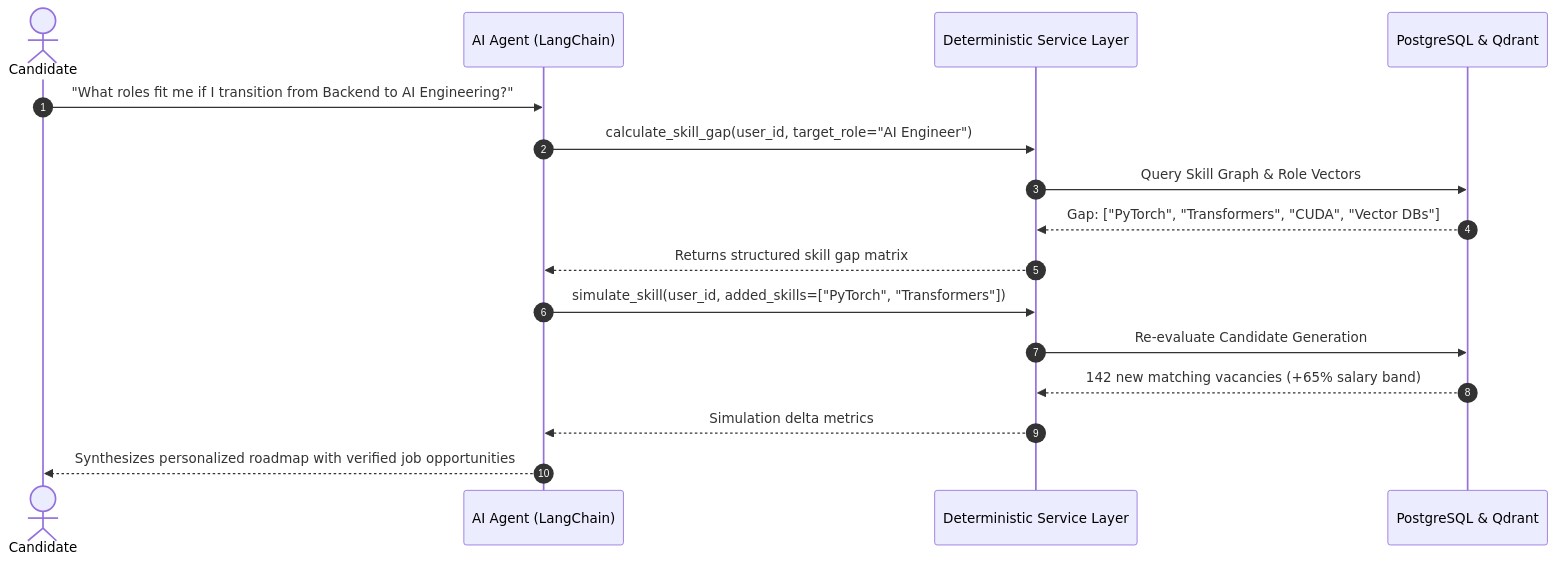
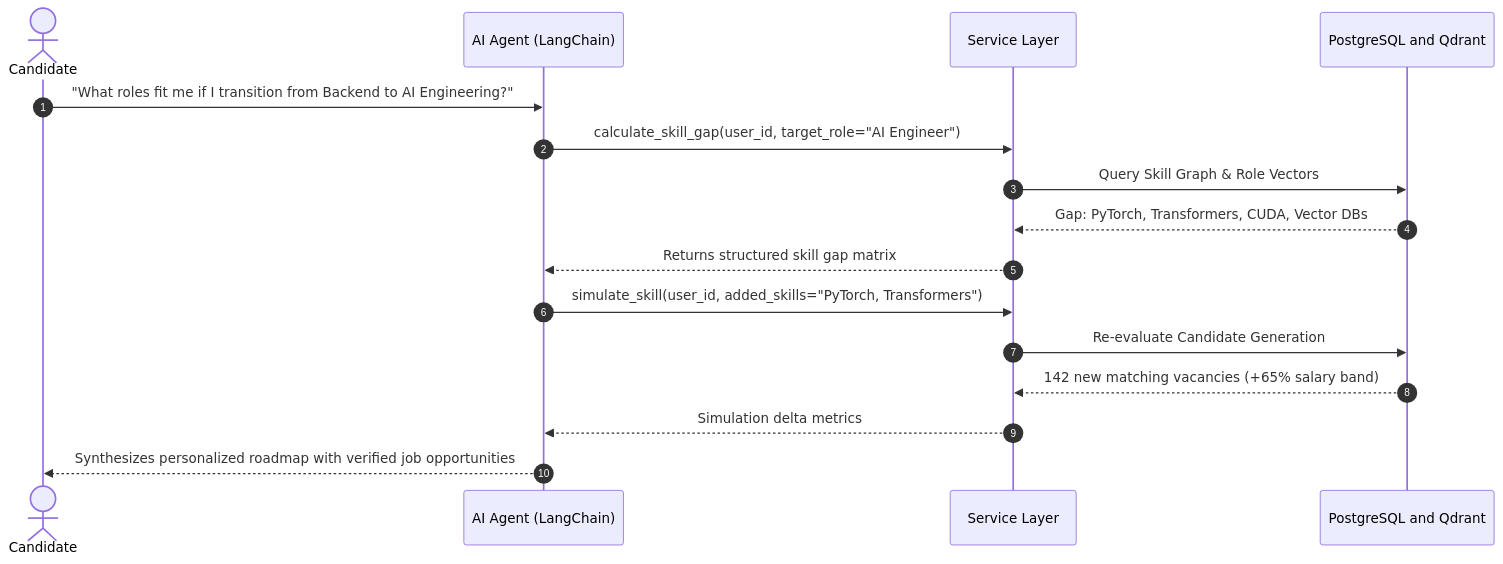
One commit to Goutam16-Withcode/Anvesh changed the third of 4 diagrams in README.md. Above: the diagram before and after it, drawn with Mermaid.

Commit message:
docs: simplify participant labels and refine skill data representation in README sequence diagram

````diff
--- a/README.md
+++ b/README.md
@@ -141,19 +141,19 @@
 ```mermaid
 sequenceDiagram
     autonumber
     actor User as Candidate
     participant Agent as AI Agent (LangChain)
-    participant Tools as Deterministic Service Layer
-    participant Store as PostgreSQL & Qdrant
+    participant Tools as Service Layer
+    participant Store as PostgreSQL and Qdrant
 
     User->>Agent: "What roles fit me if I transition from Backend to AI Engineering?"
     Agent->>Tools: calculate_skill_gap(user_id, target_role="AI Engineer")
     Tools->>Store: Query Skill Graph & Role Vectors
-    Store-->>Tools: Gap: ["PyTorch", "Transformers", "CUDA", "Vector DBs"]
+    Store-->>Tools: Gap: PyTorch, Transformers, CUDA, Vector DBs
     Tools-->>Agent: Returns structured skill gap matrix
-    Agent->>Tools: simulate_skill(user_id, added_skills=["PyTorch", "Transformers"])
+    Agent->>Tools: simulate_skill(user_id, added_skills="PyTorch, Transformers")
     Tools->>Store: Re-evaluate Candidate Generation
     Store-->>Tools: 142 new matching vacancies (+65% salary band)
     Tools-->>Agent: Simulation delta metrics
     Agent-->>User: Synthesizes personalized roadmap with verified job opportunities
 ```
````
